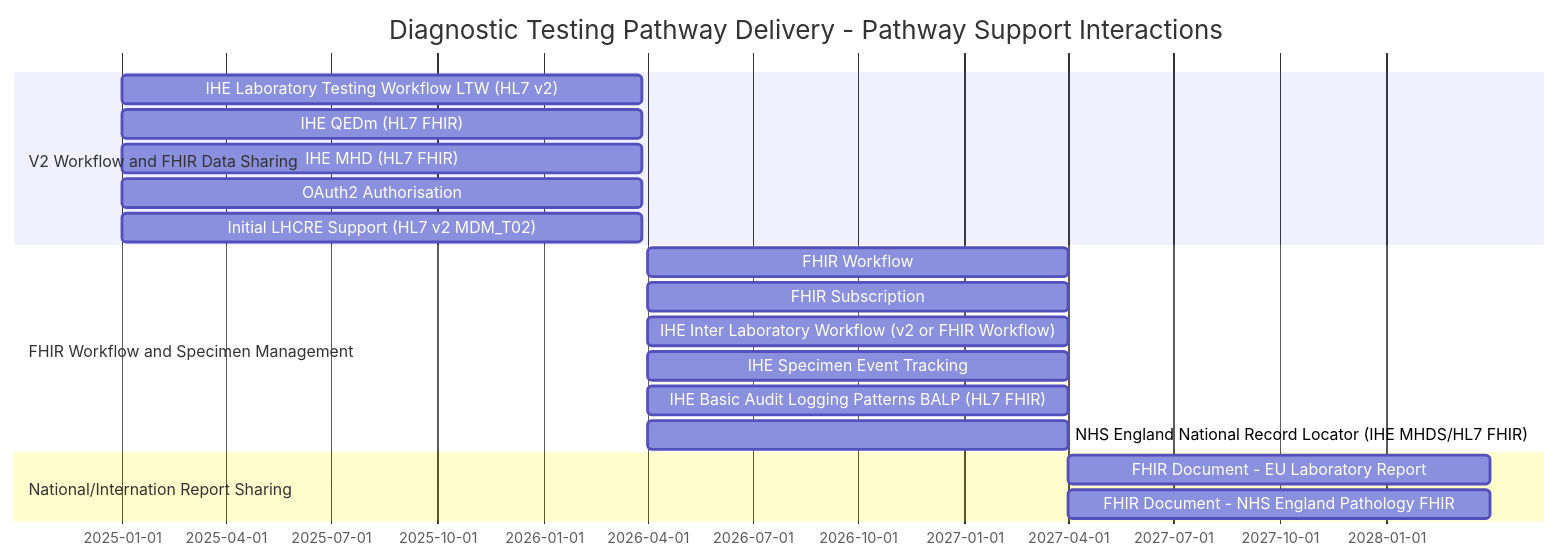
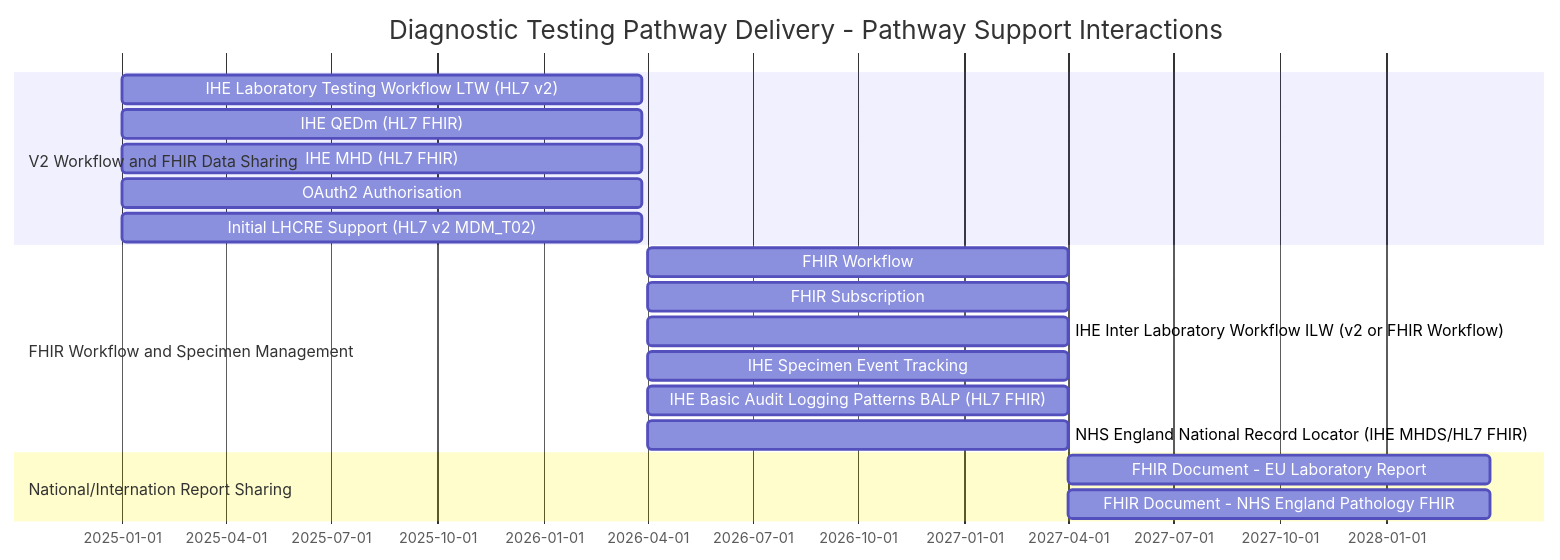
Before and after one commit to uk-gov-mirror/nw-gmsa.nw-gmsa.github.com: the second of 2 diagrams in input/pagecontent/delivery.md, drawn with Mermaid.

````diff
--- a/input/pagecontent/delivery.md
+++ b/input/pagecontent/delivery.md
@@ -24,21 +24,21 @@
 ```mermaid
 gantt
     title Diagnostic Testing Pathway Delivery - Pathway Support Interactions
     dateFormat YYYY-MM
     section V2 Workflow and FHIR Data Sharing
         IHE Laboratory Testing Workflow LTW (HL7 v2)        :a1, 2025-01-01, 450d
         IHE QEDm (HL7 FHIR)    :a1, 2025-01-01, 450d
         IHE MHD (HL7 FHIR)    :a1, 2025-01-01, 450d
         OAuth2 Authorisation   :a1, 2025-01-01, 450d
         Initial LHCRE Support (HL7 v2 MDM_T02) :a1, 2025-01-01, 450d
     section FHIR Workflow and Specimen Management
         FHIR Workflow  : 2026-04-01, 365d
         FHIR Subscription  : 2026-04-01, 365d
-        IHE Inter Laboratory Workflow (v2 or FHIR Workflow)        : 2026-04-01, 365d
+        IHE Inter Laboratory Workflow ILW (v2 or FHIR Workflow)        : 2026-04-01, 365d
         IHE Specimen Event Tracking : 2026-04-01, 365d
         IHE Basic Audit Logging Patterns BALP (HL7 FHIR): 2026-04-01, 365d
         NHS England National Record Locator (IHE MHDS/HL7 FHIR): 2026-04-01, 365d
     section National/Internation Report Sharing
         FHIR Document - EU Laboratory Report: 2027-04-01, 365d
         FHIR Document - NHS England Pathology FHIR: 2027-04-01, 365d
 ```
````
